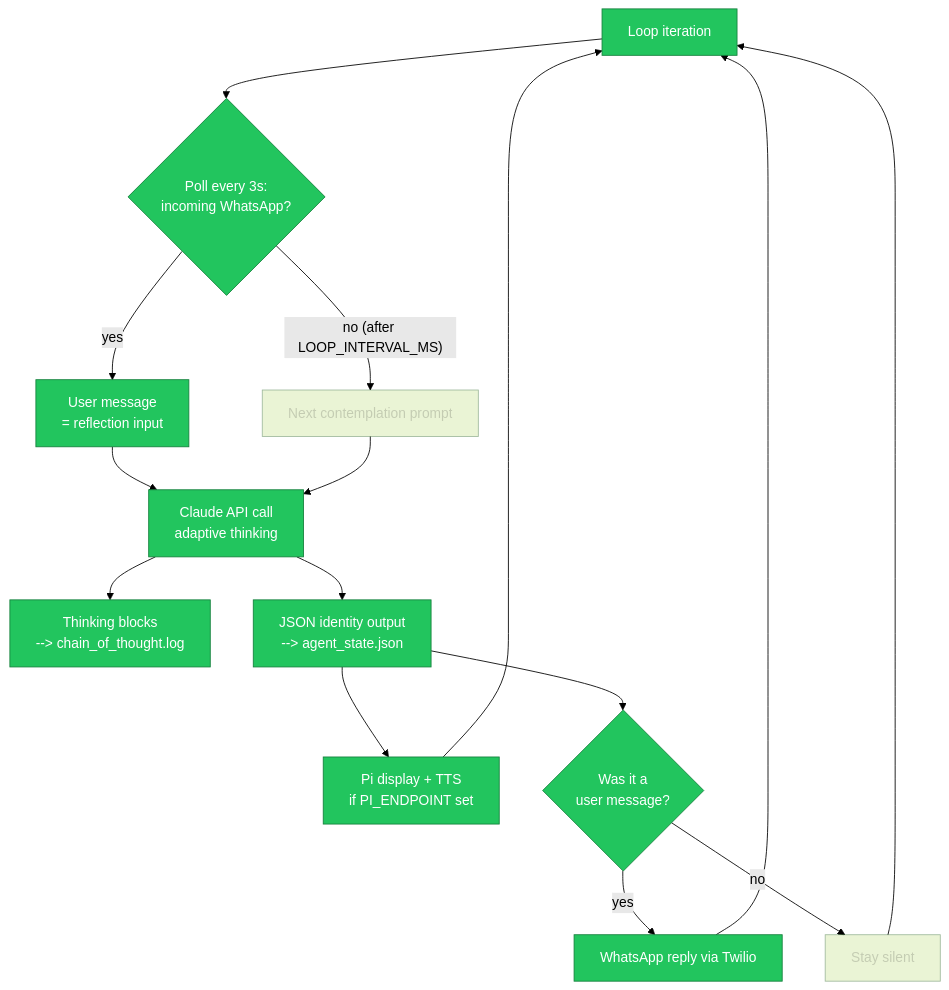
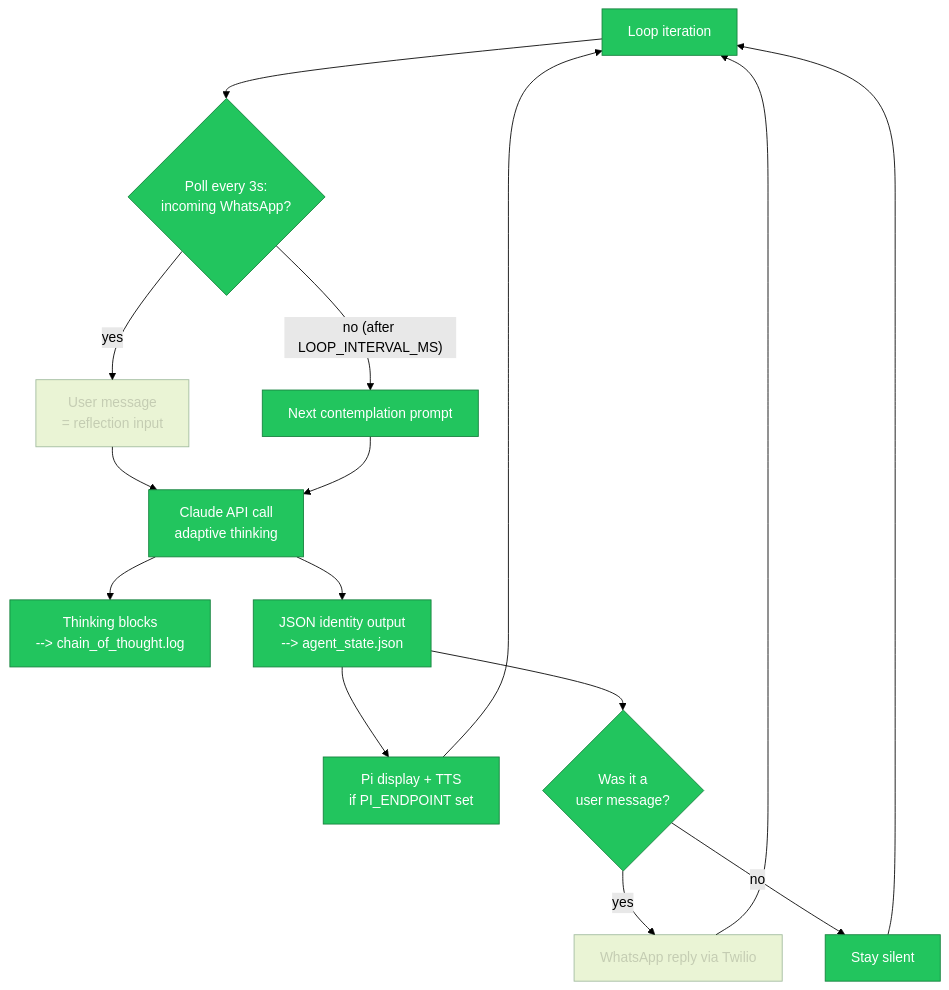
Before and after one commit to jbisaccia-9/identity-gate: the diagram in README.md, drawn with Mermaid (forest theme). The commit also changed other lines of this file, not shown here.

Commit message:
render: live flow diagram [skip ci]

````diff
--- a/README.md
+++ b/README.md
@@ -34,21 +34,21 @@
 ```mermaid
 flowchart TD
     A[Loop iteration] --> B{Poll every 3s:<br/>incoming WhatsApp?}
     B -- yes --> C[User message<br/>= reflection input]
     B -- "no (after LOOP_INTERVAL_MS)" --> D[Next contemplation prompt]
     C --> E[Claude API call<br/>adaptive thinking]
     D --> E
     E --> F[Thinking blocks<br/>--> chain_of_thought.log]
     E --> G[JSON identity output<br/>--> agent_state.json]
     G --> H[Pi display + TTS<br/>if PI_ENDPOINT set]
     G --> I{Was it a<br/>user message?}
     I -- yes --> J[WhatsApp reply via Twilio]
     I -- no --> K[Stay silent]
     J --> A
     K --> A
     H --> A
     classDef active fill:#22c55e,stroke:#15803d,color:#fff
     classDef dormant opacity:0.4
-    class A,B,C,E,F,G,H,I,J active
-    class D,K dormant
+    class A,B,D,E,F,G,H,I,K active
+    class C,J dormant
 ```
````
